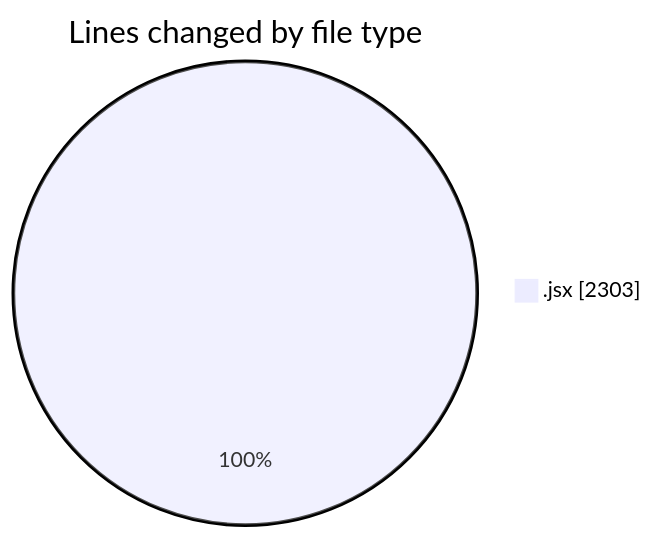
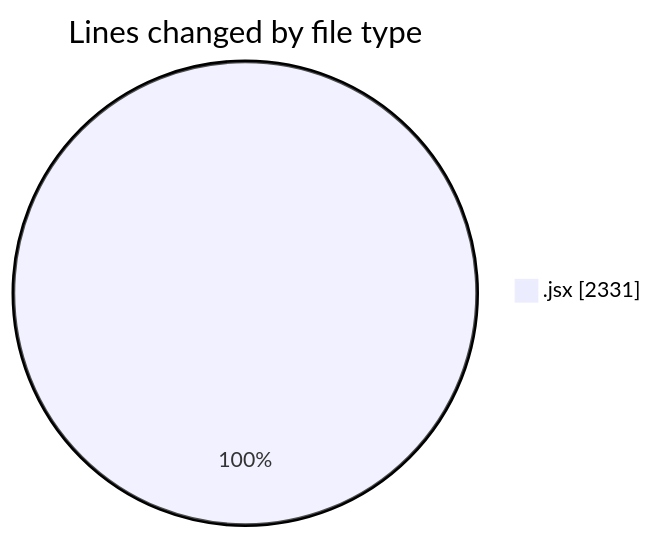
One commit to nxtqubesakshisongat/code-tracking changed the first of 2 diagrams in 2025-08-01/nxtqube_webapp/README.md. Above: the diagram before and after it, drawn with Mermaid. The commit also changed other lines of this file and 1 other file, not shown here.

````diff
--- a/2025-08-01/nxtqube_webapp/README.md
+++ b/2025-08-01/nxtqube_webapp/README.md
@@ -26,5 +26,5 @@
 ```mermaid
 pie showData
 title Lines changed by file type
-".jsx" : 2303
+".jsx" : 2331
 ```
````
